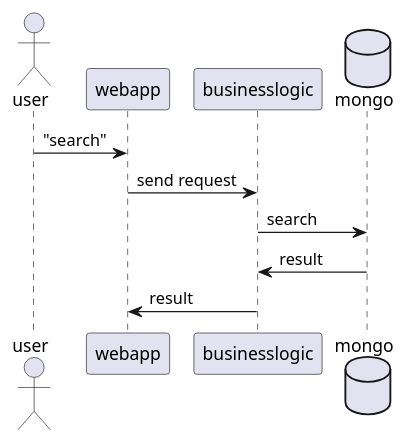
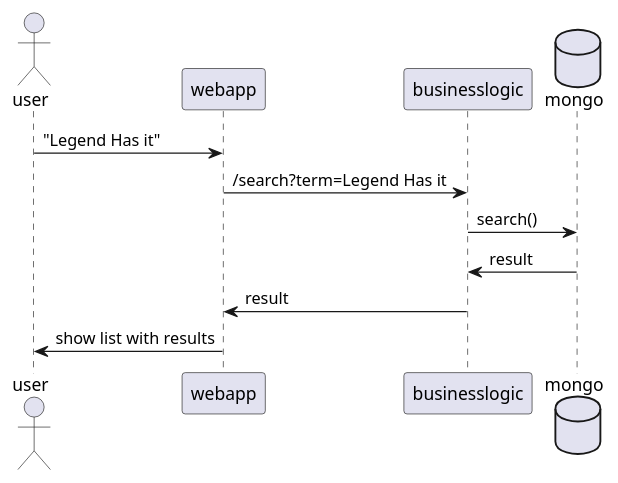
One commit to Mashnak/DCAppProject changed the diagram in Documentation/swad/sequence_Search.wsd. Above: the diagram before and after it, drawn with PlantUML. The commit also changed 9 other files, not shown here.

Commit message:
- Added PlantUML files for SWAD

```diff
--- a/Documentation/swad/sequence_Search.wsd
+++ b/Documentation/swad/sequence_Search.wsd
@@ -1,13 +1,14 @@
 @startuml Laufzeit_search
 actor user
 participant webapp
 participant businesslogic
 database mongo
 
-user -> webapp : "search"
-webapp -> businesslogic : send request
-businesslogic -> mongo : search
+user -> webapp : "Legend Has it"
+webapp -> businesslogic : /search?term=Legend Has it
+businesslogic -> mongo : search()
 mongo -> businesslogic : result
 businesslogic -> webapp : result
+webapp -> user : show list with results
 
 @enduml
```
